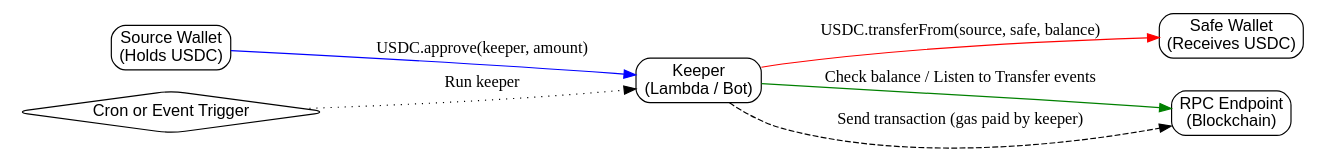
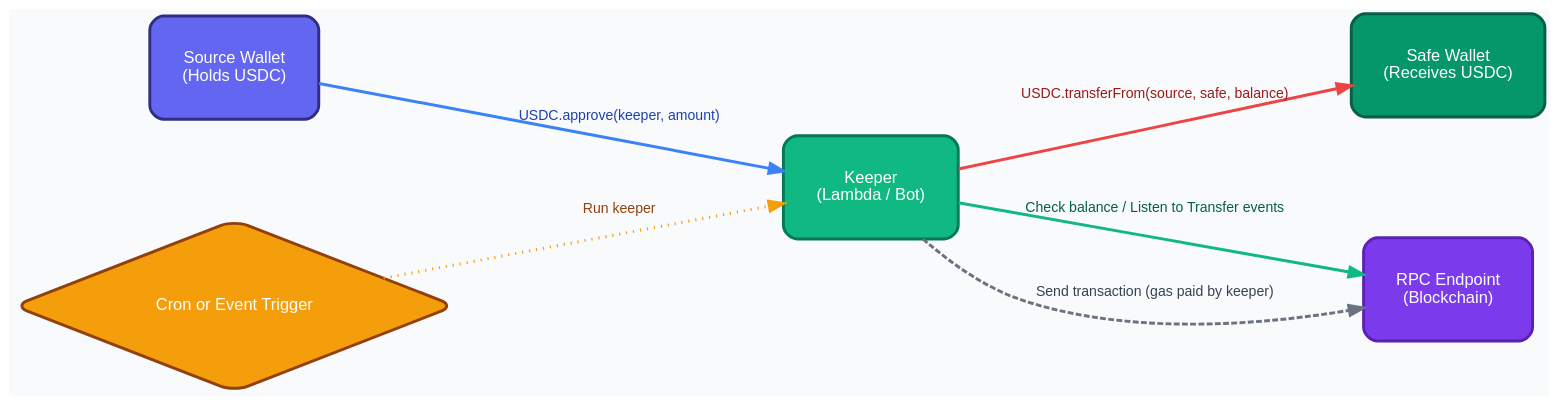
Before and after one commit to mcmoodoo/my-animation-collection: the diagram in graphviz/flowchart-manual-approach.dot, drawn with Graphviz. The commit also changed 5 other files, not shown here.

Commit message:
Add manual transfer setup docs and diagrams

```diff
--- a/graphviz/flowchart-manual-approach.dot
+++ b/graphviz/flowchart-manual-approach.dot
@@ -1,19 +1,109 @@
 digraph USDC_Sweeper {
     rankdir=LR;
-    node [shape=box, style=rounded, fontname="Arial"];
+    bgcolor="#F8FAFC";
+    fontname="Arial";
+    fontsize=14;
+    splines=spline;
+    nodesep=1.2;
+    ranksep=1.5;
+    
+    // Node styling
+    node [
+        shape=box,
+        style="rounded,filled",
+        fontname="Arial",
+        fontsize=14,
+        penwidth=2.5,
+        margin=0.4,
+        height=0.6
+    ];
+    
+    // Edge styling
+    edge [
+        fontname="Arial",
+        fontsize=12,
+        penwidth=2.5,
+        arrowsize=1.2
+    ];
 
-    SourceWallet [label="Source Wallet\n(Holds USDC)"];
-    Keeper [label="Keeper\n(Lambda / Bot)"];
-    SafeWallet [label="Safe Wallet\n(Receives USDC)"];
-    RPC [label="RPC Endpoint\n(Blockchain)"];
+    // Source Wallet - Indigo colors
+    SourceWallet [
+        label="Source Wallet\n(Holds USDC)",
+        fillcolor="#6366F1",
+        color="#312E81",
+        fontcolor=white
+    ];
+    
+    // Keeper - Green colors
+    Keeper [
+        label="Keeper\n(Lambda / Bot)",
+        fillcolor="#10B981",
+        color="#047857",
+        fontcolor=white
+    ];
+    
+    // Safe Wallet - Darker green
+    SafeWallet [
+        label="Safe Wallet\n(Receives USDC)",
+        fillcolor="#059669",
+        color="#065F46",
+        fontcolor=white
+    ];
+    
+    // RPC Endpoint - Purple
+    RPC [
+        label="RPC Endpoint\n(Blockchain)",
+        fillcolor="#7C3AED",
+        color="#5B21B6",
+        fontcolor=white
+    ];
+    
+    // Event Trigger - Amber/Orange
+    Event [
+        label="Cron or Event Trigger",
+        shape=diamond,
+        fillcolor="#F59E0B",
+        color="#92400E",
+        fontcolor=white,
+        style="rounded,filled"
+    ];
 
-    // Actions
-    SourceWallet -> Keeper [label="USDC.approve(keeper, amount)", color=blue];
-    Keeper -> RPC [label="Check balance / Listen to Transfer events", color=green];
-    Keeper -> SafeWallet [label="USDC.transferFrom(source, safe, balance)", color=red];
-    Keeper -> RPC [label="Send transaction (gas paid by keeper)", style=dashed];
+    // Actions with styled edges
+    SourceWallet -> Keeper [
+        label="USDC.approve(keeper, amount)",
+        color="#3B82F6",
+        fontcolor="#1E40AF",
+        penwidth=2.5
+    ];
+    
+    Keeper -> RPC [
+        label="Check balance / Listen to Transfer events",
+        color="#10B981",
+        fontcolor="#065F46",
+        penwidth=2.5
+    ];
+    
+    Keeper -> SafeWallet [
+        label="USDC.transferFrom(source, safe, balance)",
+        color="#EF4444",
+        fontcolor="#991B1B",
+        penwidth=2.5
+    ];
+    
+    Keeper -> RPC [
+        label="Send transaction (gas paid by keeper)",
+        style=dashed,
+        color="#6B7280",
+        fontcolor="#374151",
+        penwidth=2.5
+    ];
 
-    // Optional triggers
-    Event [label="Cron or Event Trigger", shape=diamond];
-    Event -> Keeper [label="Run keeper", style=dotted];
+    // Event trigger
+    Event -> Keeper [
+        label="Run keeper",
+        style=dotted,
+        color="#F59E0B",
+        fontcolor="#92400E",
+        penwidth=2.5
+    ];
 }
```
